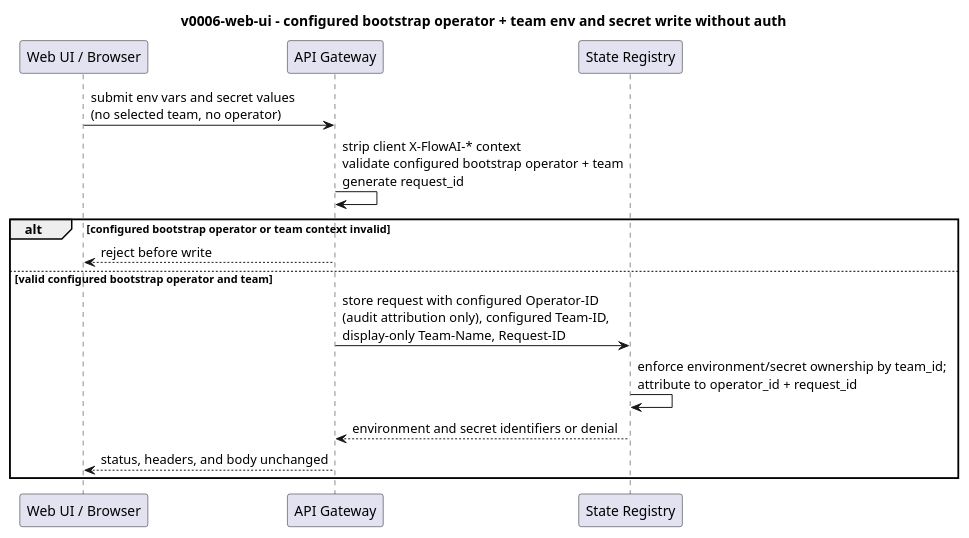
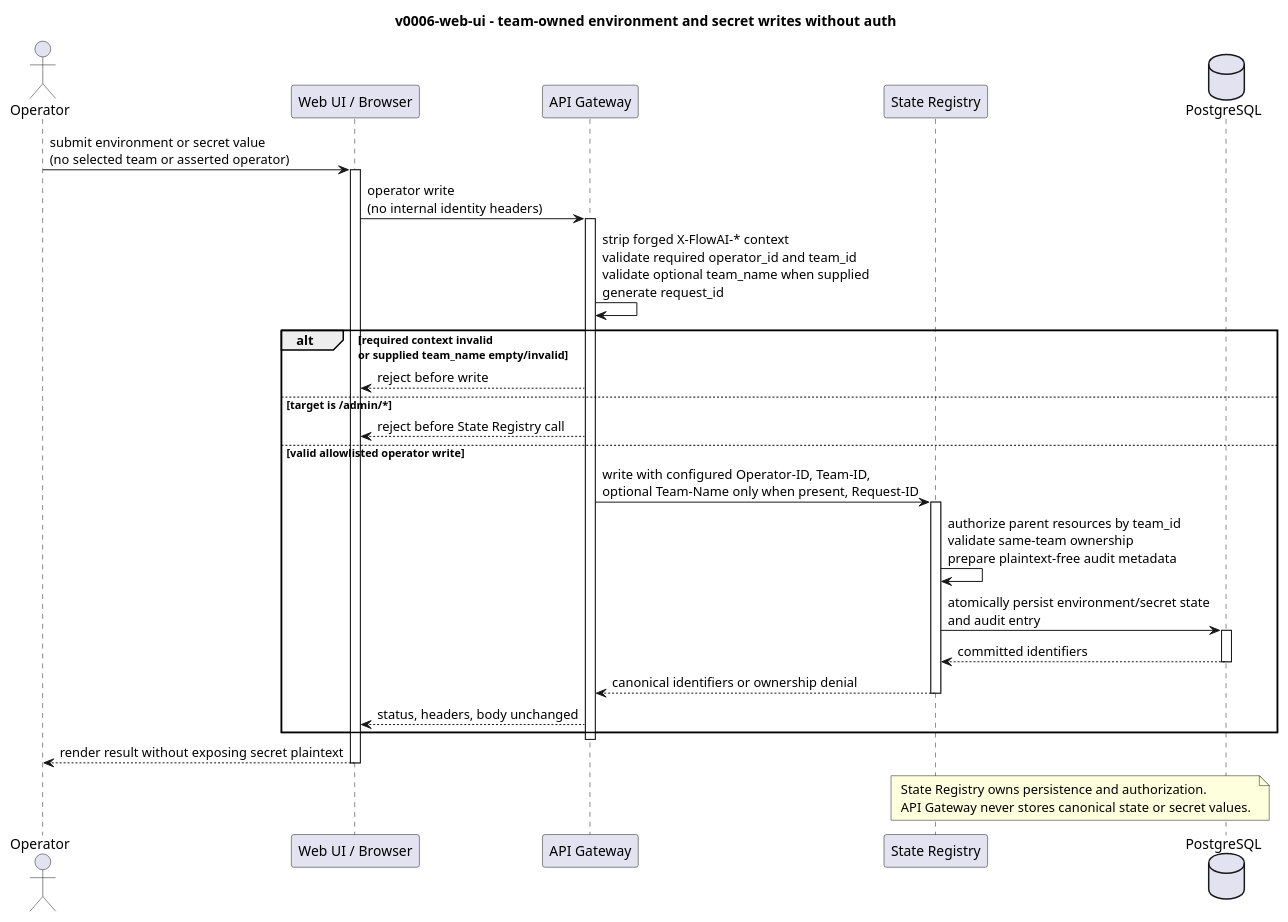
The diagram in openspec/changes/v0006-web-ui/specs/diagrams/04-env-secret-write-no-auth.puml (pandops/flowai), drawn with PlantUML before and after one commit. The commit also changed 22 other files, not shown here.

```diff
--- a/openspec/changes/v0006-web-ui/specs/diagrams/04-env-secret-write-no-auth.puml
+++ b/openspec/changes/v0006-web-ui/specs/diagrams/04-env-secret-write-no-auth.puml
@@ -2,19 +2,41 @@
 @startuml
-title v0006-web-ui - configured bootstrap operator + team env and secret write without auth
+title v0006-web-ui - team-owned environment and secret writes without auth
 
-participant "Web UI / Browser" as UI
-participant "API Gateway" as GW
-participant "State Registry" as State
+actor "Operator" as operator_actor
+participant "Web UI / Browser" as web_browser
+participant "API Gateway" as api_gateway
+participant "State Registry" as state_registry
+database "PostgreSQL" as state_database
 
-UI -> GW : submit env vars and secret values\n(no selected team, no operator)
-GW -> GW : strip client X-FlowAI-* context\nvalidate configured bootstrap operator + team\ngenerate request_id
-alt configured bootstrap operator or team context invalid
-  GW --> UI : reject before write
-else valid configured bootstrap operator and team
-  GW -> State : store request with configured Operator-ID\n(audit attribution only), configured Team-ID,\ndisplay-only Team-Name, Request-ID
-  State -> State : enforce environment/secret ownership by team_id;\nattribute to operator_id + request_id
-  State --> GW : environment and secret identifiers or denial
-  GW --> UI : status, headers, and body unchanged
+operator_actor -> web_browser : submit environment or secret value\n(no selected team or asserted operator)
+activate web_browser
+web_browser -> api_gateway : operator write\n(no internal identity headers)
+activate api_gateway
+api_gateway -> api_gateway : strip forged X-FlowAI-* context\nvalidate required operator_id and team_id\nvalidate optional team_name when supplied\ngenerate request_id
+
+alt required context invalid\nor supplied team_name empty/invalid
+  api_gateway --> web_browser : reject before write
+else target is /admin/*
+  api_gateway --> web_browser : reject before State Registry call
+else valid allowlisted operator write
+  api_gateway -> state_registry : write with configured Operator-ID, Team-ID,\noptional Team-Name only when present, Request-ID
+  activate state_registry
+  state_registry -> state_registry : authorize parent resources by team_id\nvalidate same-team ownership\nprepare plaintext-free audit metadata
+  state_registry -> state_database : atomically persist environment/secret state\nand audit entry
+  activate state_database
+  state_database --> state_registry : committed identifiers
+  deactivate state_database
+  state_registry --> api_gateway : canonical identifiers or ownership denial
+  deactivate state_registry
+  api_gateway --> web_browser : status, headers, body unchanged
 end
+deactivate api_gateway
+web_browser --> operator_actor : render result without exposing secret plaintext
+deactivate web_browser
+
+note over state_registry, state_database
+  State Registry owns persistence and authorization.
+  API Gateway never stores canonical state or secret values.
+end note
 
 @enduml
```
